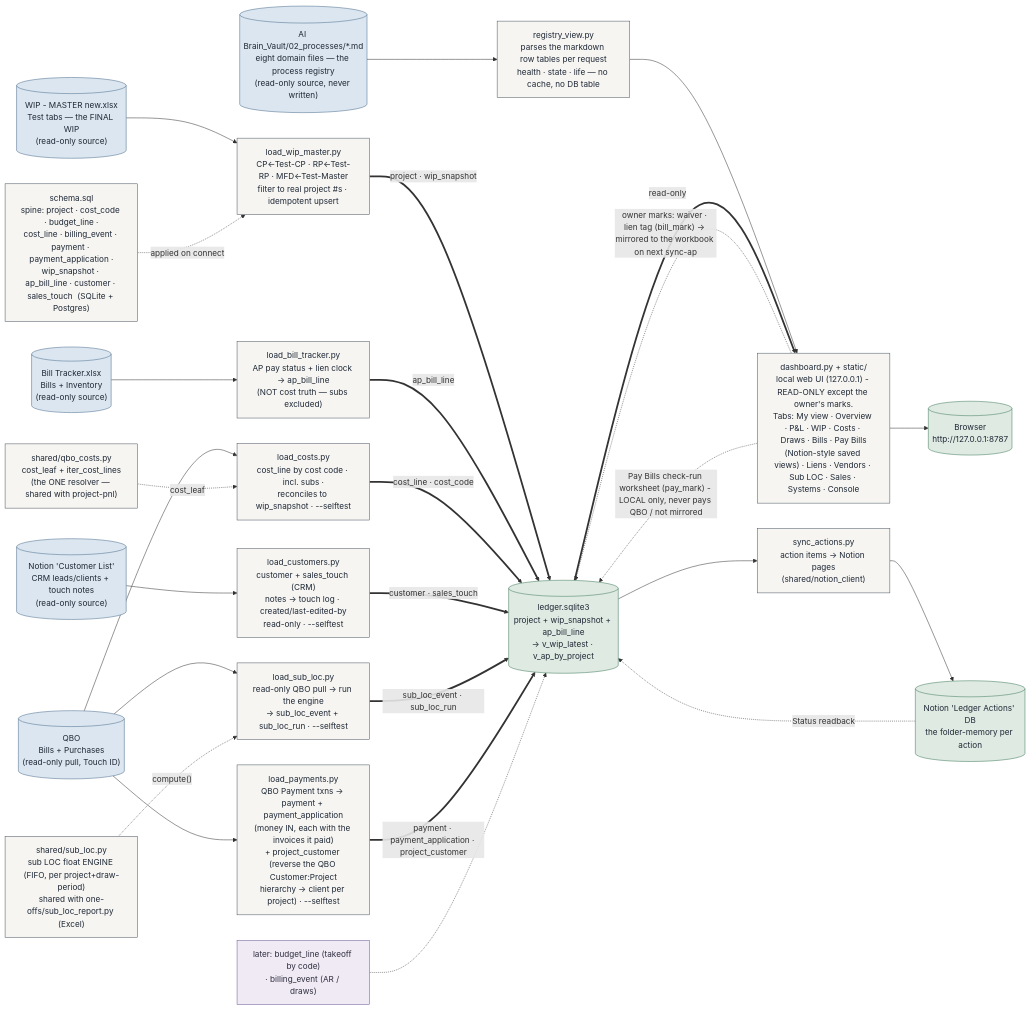
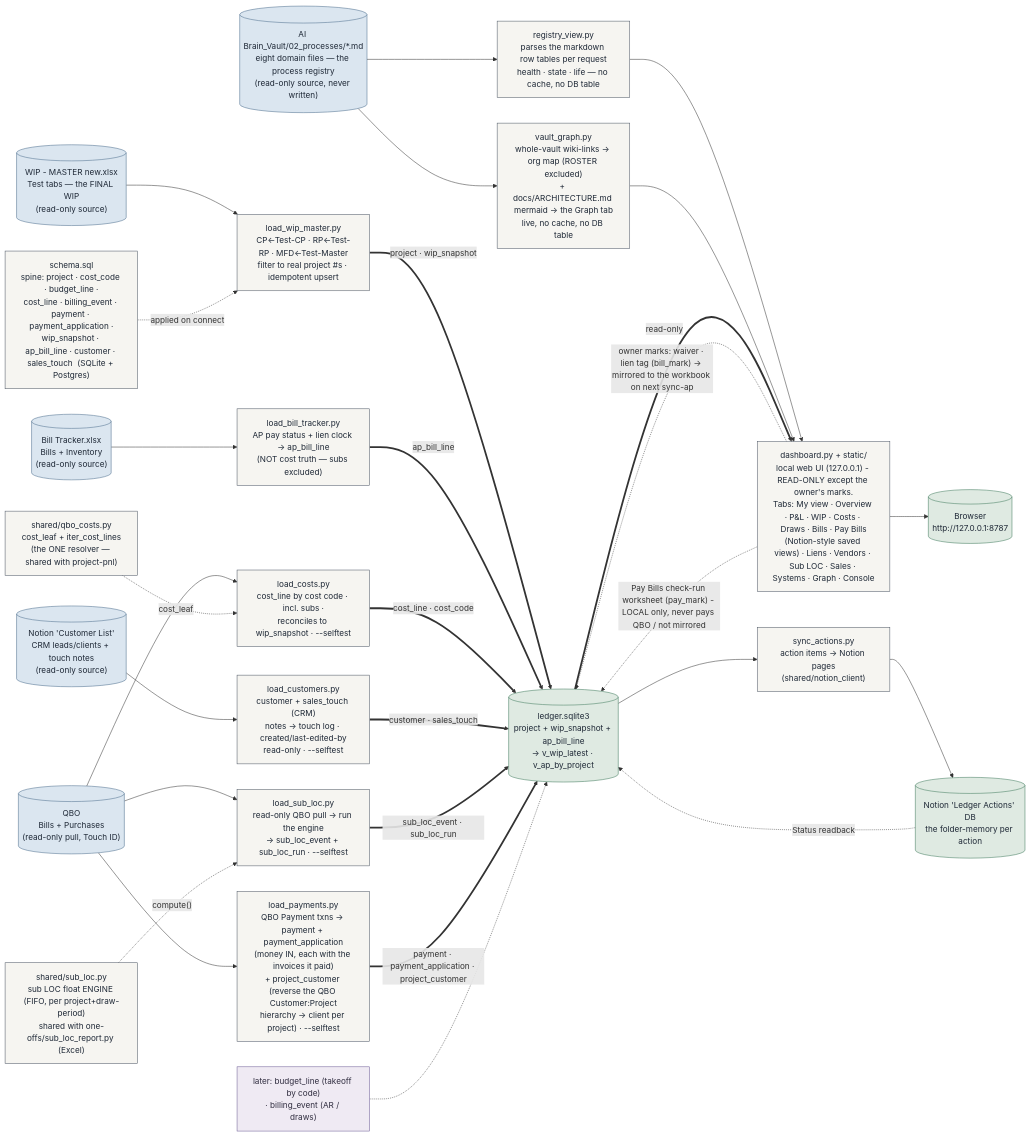
One commit to Ecarlo-Proficient/Claude-Report changed the fourth of 6 diagrams in docs/ARCHITECTURE.md. Above: the diagram before and after it, drawn with Mermaid. The commit also changed other lines of this file and 4 other files, not shown here.

````diff
--- a/docs/ARCHITECTURE.md
+++ b/docs/ARCHITECTURE.md
@@ -341,50 +355,52 @@
 ```mermaid
 flowchart LR
     classDef src fill:#dbe6f0,stroke:#4A6B8A,color:#1f2937
     classDef tool fill:#f6f5f1,stroke:#4b5563,color:#1f2937
     classDef out fill:#dfeae2,stroke:#3E7A5C,color:#1f2937
     classDef future fill:#efeaf3,stroke:#6b5b95,color:#312e40
 
     TEST[("WIP - MASTER new.xlsx\nTest tabs — the FINAL WIP\n(read-only source)")]:::src
     BT[("Bill Tracker.xlsx\nBills + Inventory\n(read-only source)")]:::src
     SCHEMA["schema.sql\nspine: project · cost_code · budget_line ·\ncost_line · billing_event · payment · payment_application ·\nwip_snapshot · ap_bill_line · customer · sales_touch  (SQLite + Postgres)"]:::tool
     LOADER["load_wip_master.py\nCP←Test-CP · RP←Test-RP · MFD←Test-Master\nfilter to real project #s · idempotent upsert"]:::tool
     APLOAD["load_bill_tracker.py\nAP pay status + lien clock → ap_bill_line\n(NOT cost truth — subs excluded)"]:::tool
     DB[("ledger.sqlite3\nproject + wip_snapshot + ap_bill_line\n→ v_wip_latest · v_ap_by_project")]:::out
-    DASH["dashboard.py + static/\nlocal web UI (127.0.0.1) - READ-ONLY except the owner's marks.\nTabs: My view · Overview · P&L · WIP · Costs · Draws · Bills · Pay Bills\n(Notion-style saved views) · Liens · Vendors · Sub LOC · Sales · Systems · Console"]:::tool
+    DASH["dashboard.py + static/\nlocal web UI (127.0.0.1) - READ-ONLY except the owner's marks.\nTabs: My view · Overview · P&L · WIP · Costs · Draws · Bills · Pay Bills\n(Notion-style saved views) · Liens · Vendors · Sub LOC · Sales · Systems · Graph · Console"]:::tool
     REG[("AI Brain_Vault/02_processes/*.md\neight domain files — the process registry\n(read-only source, never written)")]:::src
     REGVIEW["registry_view.py\nparses the markdown row tables per request\nhealth · state · life — no cache, no DB table"]:::tool
+    VGRAPH["vault_graph.py\nwhole-vault wiki-links → org map (ROSTER excluded)\n+ docs/ARCHITECTURE.md mermaid → the Graph tab\nlive, no cache, no DB table"]:::tool
     BROWSER[("Browser\nhttp://127.0.0.1:8787")]:::out
     QBO[("QBO\nBills + Purchases\n(read-only pull, Touch ID)")]:::src
     QCOSTS["shared/qbo_costs.py\ncost_leaf + iter_cost_lines\n(the ONE resolver — shared with project-pnl)"]:::tool
     COSTLOAD["load_costs.py\ncost_line by cost code · incl. subs ·\nreconciles to wip_snapshot · --selftest"]:::tool
     FUTURE["later: budget_line (takeoff by code)\n· billing_event (AR / draws)"]:::future
 
     REG --> REGVIEW --> DASH
+    REG --> VGRAPH --> DASH
     TEST --> LOADER
     BT --> APLOAD
     QBO --> COSTLOAD
     QCOSTS -.->|"cost_leaf"| COSTLOAD
     SCHEMA -.->|"applied on connect"| LOADER
     LOADER ==>|"project · wip_snapshot"| DB
     APLOAD ==>|"ap_bill_line"| DB
     COSTLOAD ==>|"cost_line · cost_code"| DB
     DB ==>|"read-only"| DASH --> BROWSER
     DASH -.->|"owner marks: waiver · lien tag (bill_mark) → mirrored to the workbook on next sync-ap"| DB
     DASH -.->|"Pay Bills check-run worksheet (pay_mark) - LOCAL only, never pays QBO / not mirrored"| DB
     SYNCACT["sync_actions.py\naction items → Notion pages\n(shared/notion_client)"]:::tool
     NOTION[("Notion 'Ledger Actions' DB\nthe folder-memory per action")]:::out
     DB --> SYNCACT --> NOTION
     NOTION -.->|"Status readback"| DB
     NCL[("Notion 'Customer List'\nCRM leads/clients + touch notes\n(read-only source)")]:::src
     CUSTLOAD["load_customers.py\ncustomer + sales_touch (CRM)\nnotes → touch log · created/last-edited-by\nread-only · --selftest"]:::tool
     NCL --> CUSTLOAD ==>|"customer · sales_touch"| DB
     SUBLOCENG["shared/sub_loc.py\nsub LOC float ENGINE (FIFO, per project+draw-period)\nshared with one-offs/sub_loc_report.py (Excel)"]:::tool
     SUBLOCLOAD["load_sub_loc.py\nread-only QBO pull → run the engine\n→ sub_loc_event + sub_loc_run · --selftest"]:::tool
     QBO --> SUBLOCLOAD
     SUBLOCENG -.->|"compute()"| SUBLOCLOAD
     SUBLOCLOAD ==>|"sub_loc_event · sub_loc_run"| DB
     PAYLOAD["load_payments.py\nQBO Payment txns → payment + payment_application\n(money IN, each with the invoices it paid)\n+ project_customer (reverse the QBO Customer:Project\nhierarchy → client per project) · --selftest"]:::tool
     QBO --> PAYLOAD ==>|"payment · payment_application · project_customer"| DB
     FUTURE -.-> DB
 ```
````
